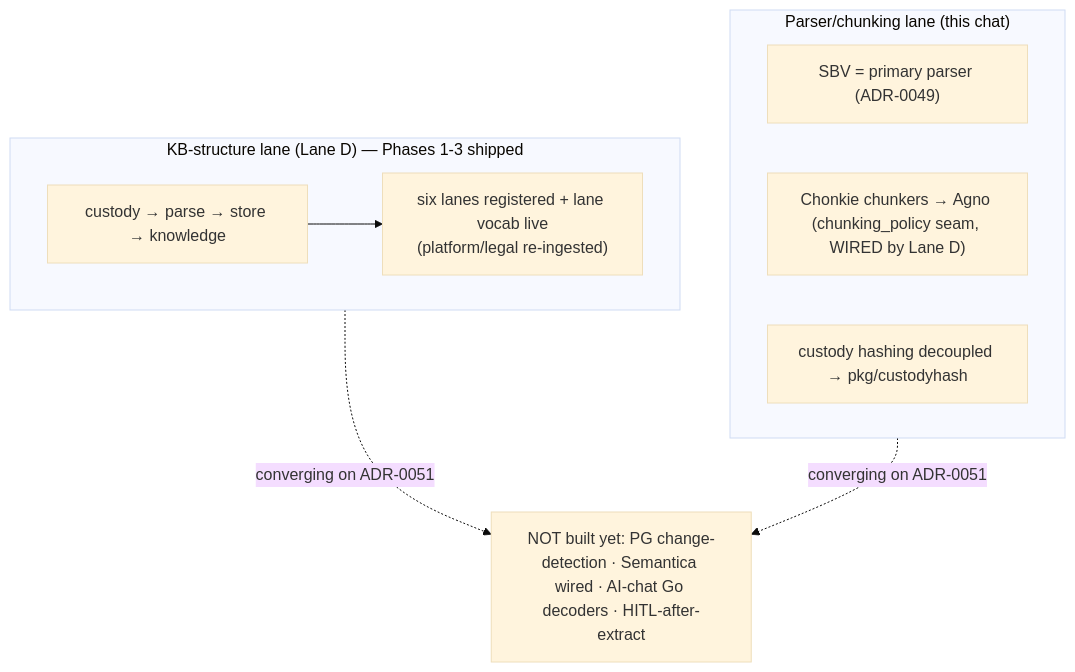
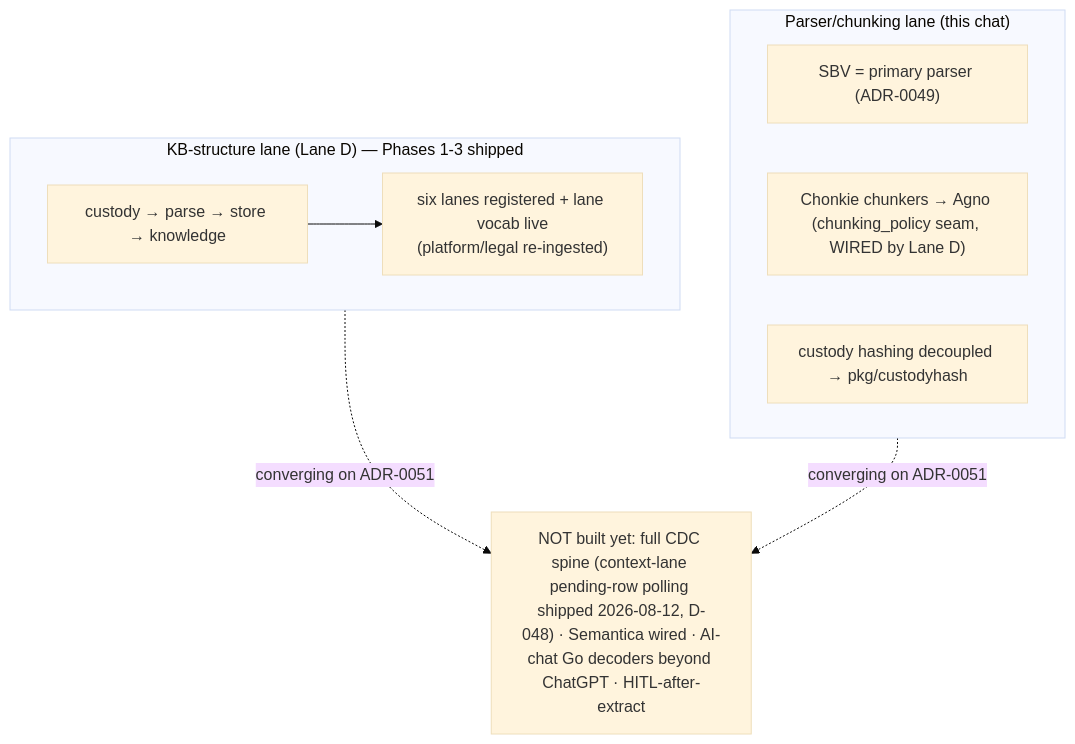
The third of 4 diagrams in docs/blueprint/architecture.md (Cursedpotential/mcp-platform-agno-mvp), drawn with Mermaid (base theme) before and after one commit. The commit also changed other lines of this file and 21 other files, not shown here.

````diff
--- a/docs/blueprint/architecture.md
+++ b/docs/blueprint/architecture.md
@@ -63,15 +66,15 @@
 ```mermaid
 flowchart TB
     subgraph KBLane["KB-structure lane (Lane D) — Phases 1-3 shipped"]
       W1["custody → parse → store → knowledge"]
       W1 --> SIX["six lanes registered + lane vocab live<br/>(platform/legal re-ingested)"]
     end
     subgraph PCLane["Parser/chunking lane (this chat)"]
       P1["SBV = primary parser (ADR-0049)"]
       P2["Chonkie chunkers → Agno (chunking_policy seam, WIRED by Lane D)"]
       P3["custody hashing decoupled → pkg/custodyhash"]
     end
-    GAP["NOT built yet: PG change-detection · Semantica wired · AI-chat Go decoders · HITL-after-extract"]
+    GAP["NOT built yet: full CDC spine (context-lane pending-row polling shipped 2026-08-12, D-048) · Semantica wired · AI-chat Go decoders beyond ChatGPT · HITL-after-extract"]
     KBLane -. converging on ADR-0051 .-> GAP
     PCLane -. converging on ADR-0051 .-> GAP
 ```
````
